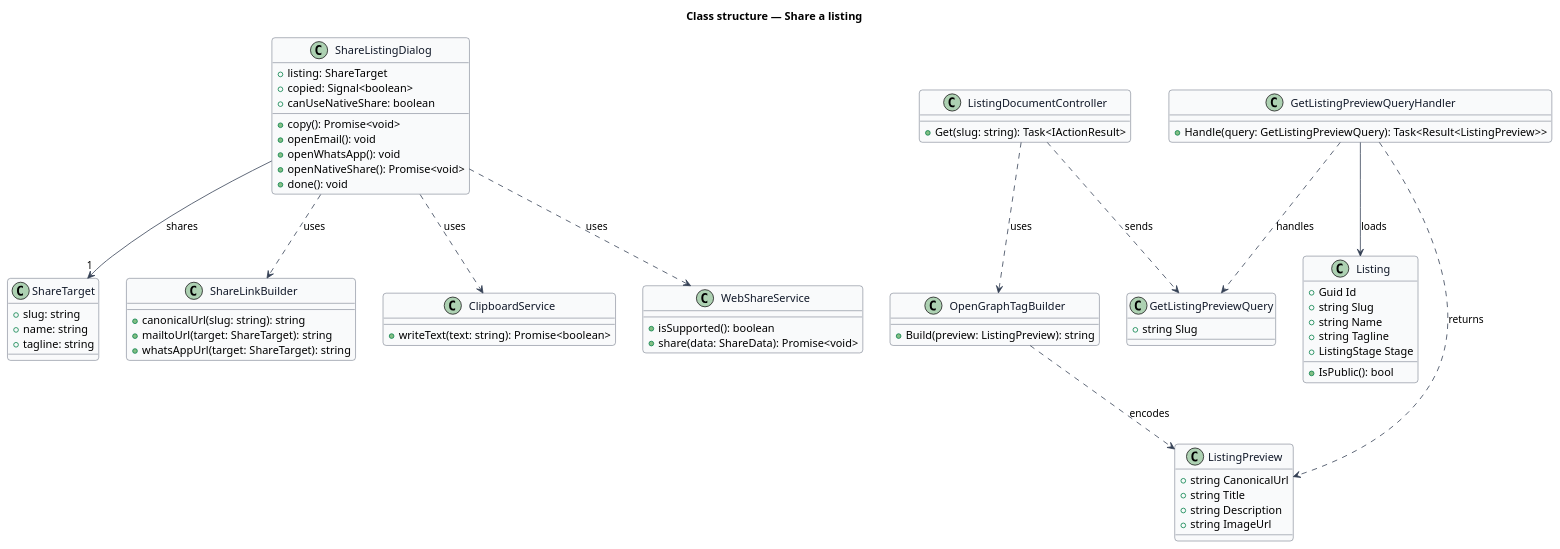
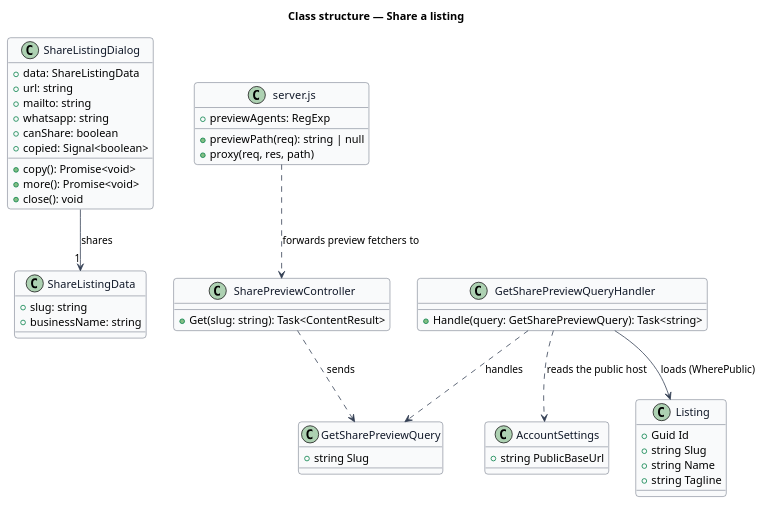
One commit to QuinntyneBrown/jubilee changed the diagram in docs/detailed-designs/listings/share-listing/diagrams/class-structure.puml. Above: the diagram before and after it, drawn with PlantUML. The commit also changed 25 other files, not shown here.

```diff
--- a/docs/detailed-designs/listings/share-listing/diagrams/class-structure.puml
+++ b/docs/detailed-designs/listings/share-listing/diagrams/class-structure.puml
@@ -1,90 +1,68 @@
 @startuml
 ' --- shared skin header ---
 skinparam backgroundColor #FFFFFF
 skinparam shadowing false
 skinparam roundcorner 8
 skinparam defaultFontName Arial
 skinparam ArrowColor #344054
 skinparam class {
   BorderColor #344054
   FontColor #101828
   BackgroundColor #F9FAFB
 }
 ' --------------------------
 title Class structure — Share a listing
 
 class ShareListingDialog {
-  +listing: ShareTarget
+  +data: ShareListingData
+  +url: string
+  +mailto: string
+  +whatsapp: string
+  +canShare: boolean
   +copied: Signal<boolean>
-  +canUseNativeShare: boolean
   +copy(): Promise<void>
-  +openEmail(): void
-  +openWhatsApp(): void
-  +openNativeShare(): Promise<void>
-  +done(): void
+  +more(): Promise<void>
+  +close(): void
 }
 
-class ShareTarget {
+class ShareListingData {
   +slug: string
-  +name: string
-  +tagline: string
+  +businessName: string
 }
 
-class ShareLinkBuilder {
-  +canonicalUrl(slug: string): string
-  +mailtoUrl(target: ShareTarget): string
-  +whatsAppUrl(target: ShareTarget): string
+class "server.js" as Server {
+  +previewAgents: RegExp
+  +previewPath(req): string | null
+  +proxy(req, res, path)
 }
 
-class ClipboardService {
-  +writeText(text: string): Promise<boolean>
+class SharePreviewController {
+  +Get(slug: string): Task<ContentResult>
 }
 
-class WebShareService {
-  +isSupported(): boolean
-  +share(data: ShareData): Promise<void>
-}
-
-class ListingDocumentController {
-  +Get(slug: string): Task<IActionResult>
-}
-
-class GetListingPreviewQuery {
+class GetSharePreviewQuery {
   +string Slug
 }
 
-class GetListingPreviewQueryHandler {
-  +Handle(query: GetListingPreviewQuery): Task<Result<ListingPreview>>
+class GetSharePreviewQueryHandler {
+  +Handle(query: GetSharePreviewQuery): Task<string>
 }
 
-class ListingPreview {
-  +string CanonicalUrl
-  +string Title
-  +string Description
-  +string ImageUrl
-}
-
-class OpenGraphTagBuilder {
-  +Build(preview: ListingPreview): string
+class AccountSettings {
+  +string PublicBaseUrl
 }
 
 class Listing {
   +Guid Id
   +string Slug
   +string Name
   +string Tagline
-  +ListingStage Stage
-  +IsPublic(): bool
 }
 
-ShareListingDialog --> "1" ShareTarget : shares
-ShareListingDialog ..> ShareLinkBuilder : uses
-ShareListingDialog ..> ClipboardService : uses
-ShareListingDialog ..> WebShareService : uses
-ListingDocumentController ..> GetListingPreviewQuery : sends
-ListingDocumentController ..> OpenGraphTagBuilder : uses
-GetListingPreviewQueryHandler ..> GetListingPreviewQuery : handles
-GetListingPreviewQueryHandler ..> ListingPreview : returns
-GetListingPreviewQueryHandler --> Listing : loads
-OpenGraphTagBuilder ..> ListingPreview : encodes
+ShareListingDialog --> "1" ShareListingData : shares
+Server ..> SharePreviewController : forwards preview fetchers to
+SharePreviewController ..> GetSharePreviewQuery : sends
+GetSharePreviewQueryHandler ..> GetSharePreviewQuery : handles
+GetSharePreviewQueryHandler --> Listing : loads (WherePublic)
+GetSharePreviewQueryHandler ..> AccountSettings : reads the public host
 @enduml
```
